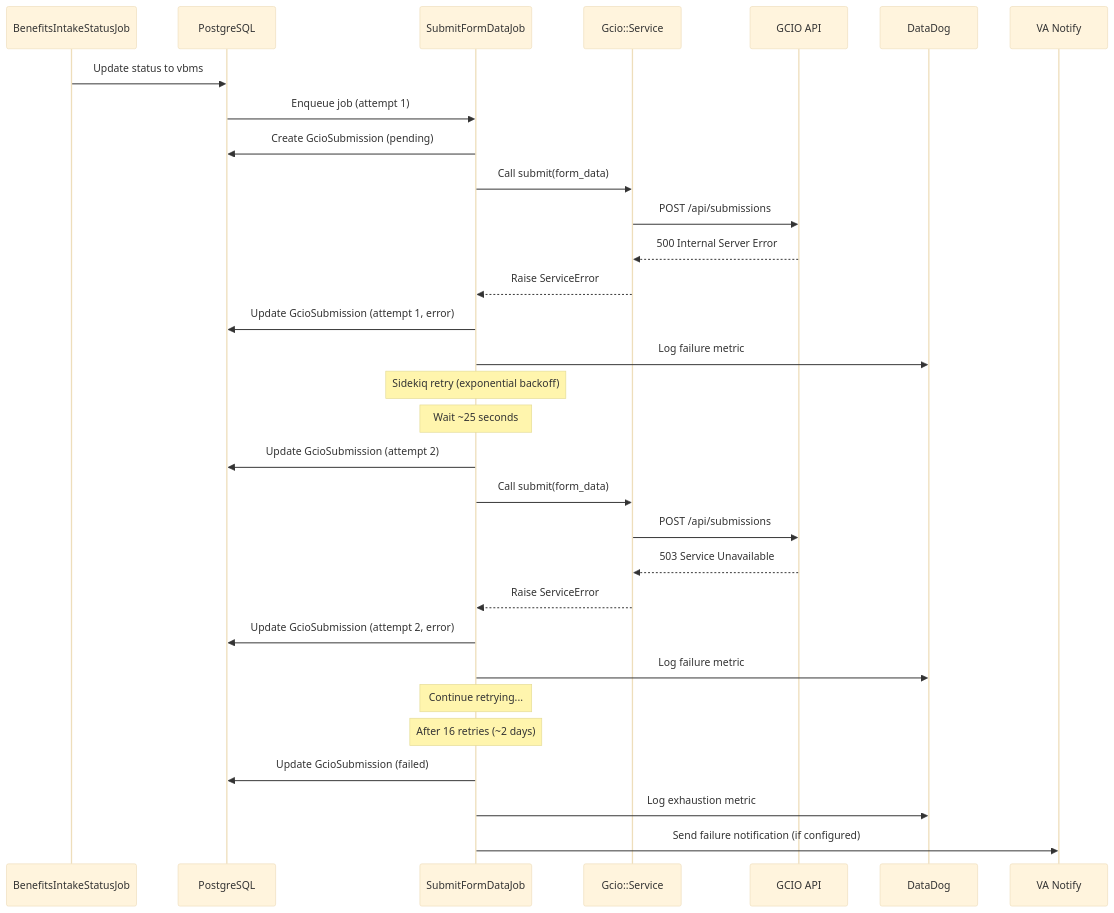
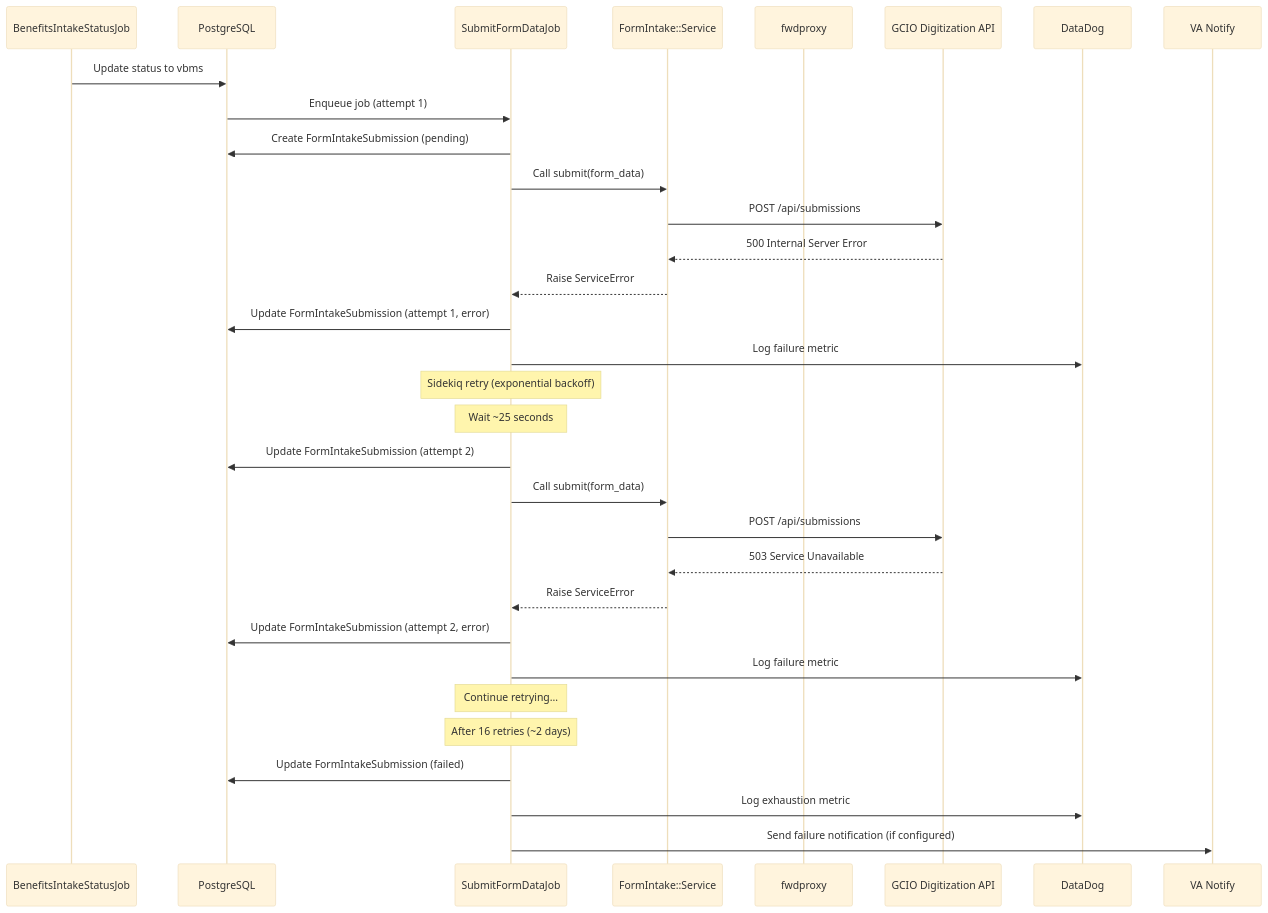
One commit to department-of-veterans-affairs/vets-api changed the fifth of 7 diagrams in docs/architecture/gcio-integration/c4-diagrams.md. Above: the diagram before and after it, drawn with Mermaid (base theme). The commit also changed other lines of this file and 4 other files, not shown here.

````diff
--- a/docs/architecture/gcio-integration/c4-diagrams.md
+++ b/docs/architecture/gcio-integration/c4-diagrams.md
@@ -176,39 +183,40 @@
 ```mermaid
 sequenceDiagram
     participant S as BenefitsIntakeStatusJob
     participant DB as PostgreSQL
     participant J as SubmitFormDataJob
-    participant GS as Gcio::Service
-    participant GCIO as GCIO API
+    participant GS as FormIntake::Service
+    participant FP as fwdproxy
+    participant GCIO as GCIO Digitization API
     participant DD as DataDog
     participant VN as VA Notify
 
     S->>DB: Update status to vbms
     DB->>J: Enqueue job (attempt 1)
     
-    J->>DB: Create GcioSubmission (pending)
+    J->>DB: Create FormIntakeSubmission (pending)
     J->>GS: Call submit(form_data)
     GS->>GCIO: POST /api/submissions
     GCIO-->>GS: 500 Internal Server Error
     GS-->>J: Raise ServiceError
-    J->>DB: Update GcioSubmission (attempt 1, error)
+    J->>DB: Update FormIntakeSubmission (attempt 1, error)
     J->>DD: Log failure metric
     
     Note over J: Sidekiq retry (exponential backoff)
     Note over J: Wait ~25 seconds
     
-    J->>DB: Update GcioSubmission (attempt 2)
+    J->>DB: Update FormIntakeSubmission (attempt 2)
     J->>GS: Call submit(form_data)
     GS->>GCIO: POST /api/submissions
     GCIO-->>GS: 503 Service Unavailable
     GS-->>J: Raise ServiceError
-    J->>DB: Update GcioSubmission (attempt 2, error)
+    J->>DB: Update FormIntakeSubmission (attempt 2, error)
     J->>DD: Log failure metric
     
     Note over J: Continue retrying...
     Note over J: After 16 retries (~2 days)
     
-    J->>DB: Update GcioSubmission (failed)
+    J->>DB: Update FormIntakeSubmission (failed)
     J->>DD: Log exhaustion metric
     J->>VN: Send failure notification (if configured)
 ```
````
